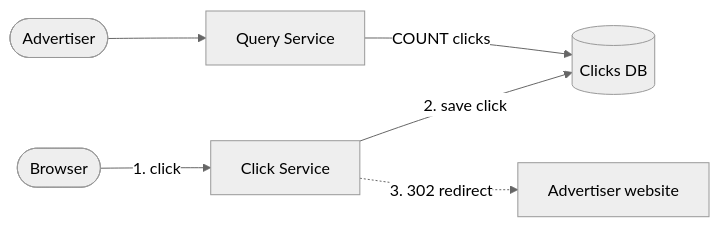
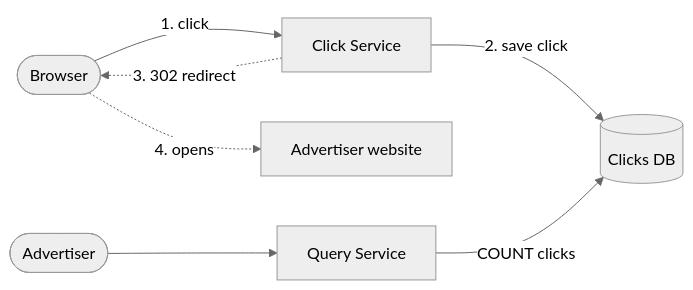
One commit to iamrs77/interview-ready changed the first of 4 diagrams in content/system-design/questions/ad-click-aggregator.mdx. Above: the diagram before and after it, drawn with Mermaid (neutral theme). The commit also changed other lines of this file and 132 other files, not shown here.

````diff
--- a/content/system-design/questions/ad-click-aggregator.mdx
+++ b/content/system-design/questions/ad-click-aggregator.mdx
@@ -89,8 +89,9 @@
 ```mermaid
 flowchart LR
   User(["Browser"]):::client -->|"1. click"| Click["Click Service"]:::service
   Click -->|"2. save click"| DB[("Clicks DB")]:::db
-  Click -.->|"3. 302 redirect"| Site["Advertiser website"]:::external
+  Click -.->|"3. 302 redirect"| User
+  User -.->|"4. opens"| Site["Advertiser website"]:::external
   Adv(["Advertiser"]):::client --> Query["Query Service"]:::service
   Query -->|"COUNT clicks"| DB
 ```
````
